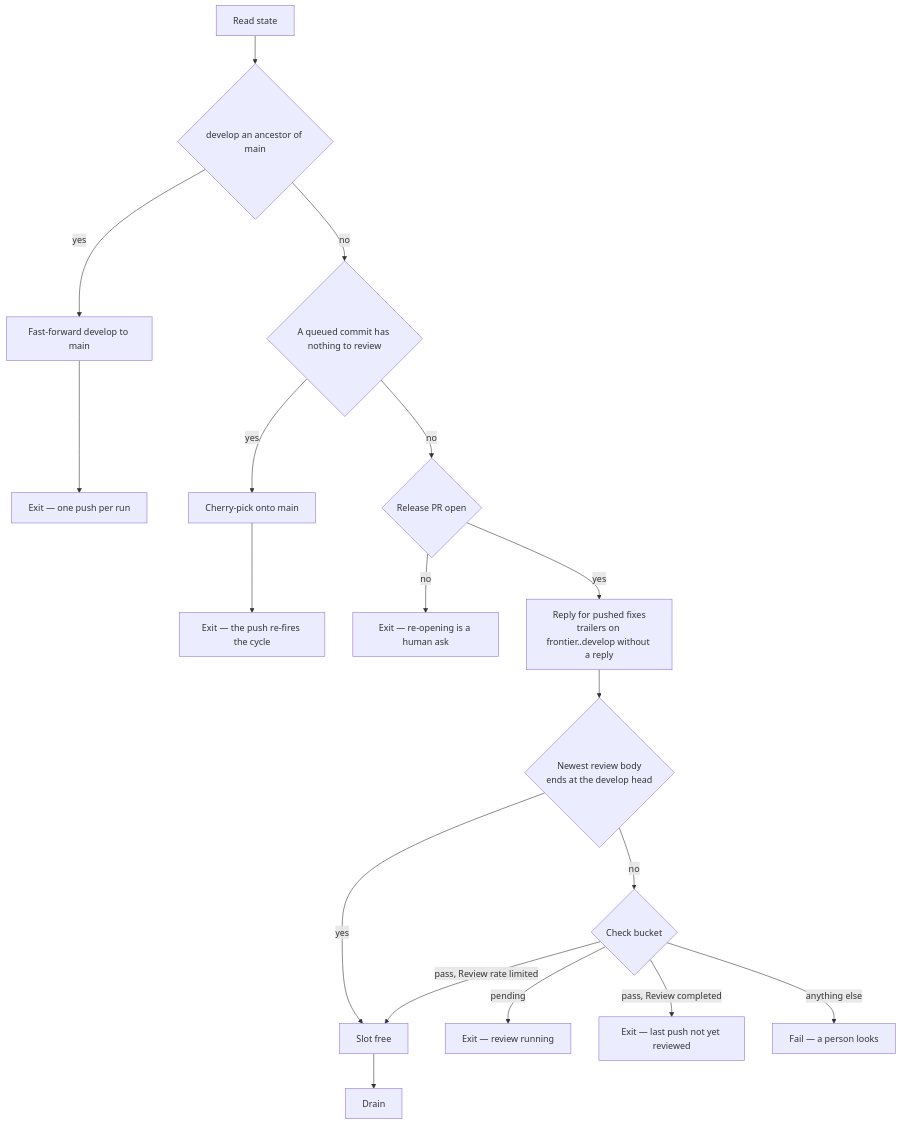
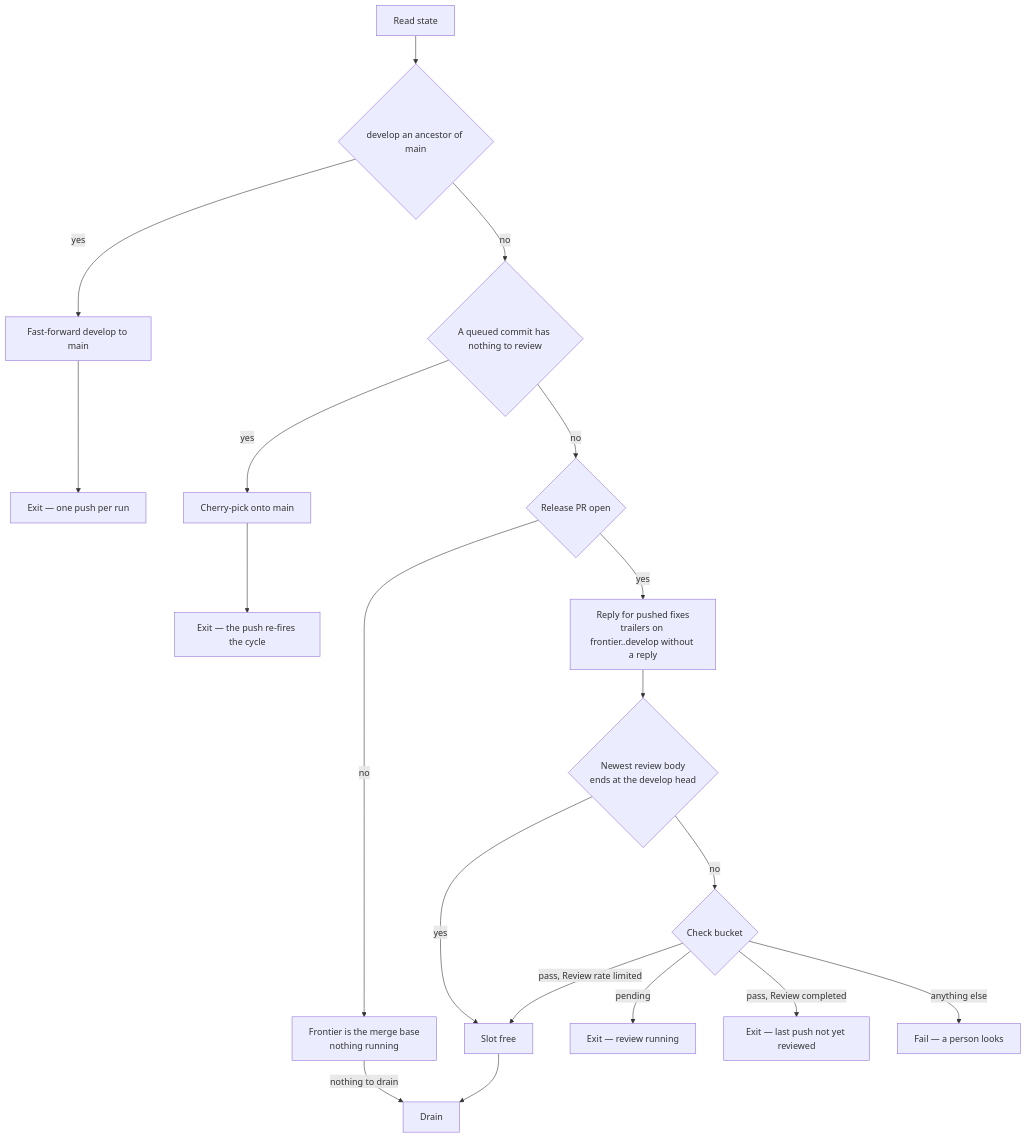
One commit to Esposter/Esposter changed the first of 2 diagrams in apps/web/content/docs/infra/review-collector/collection-cycle.md. Above: the diagram before and after it, drawn with Mermaid. The commit also changed other lines of this file and 45 other files, not shown here.

````diff
--- a/apps/web/content/docs/infra/review-collector/collection-cycle.md
+++ b/apps/web/content/docs/infra/review-collector/collection-cycle.md
@@ -39,18 +40,18 @@
 ```mermaid
 flowchart TD
   S[Read state] --> RS{develop an ancestor of main}
   RS -->|yes| FF[Fast-forward develop to main] --> X5[Exit — one push per run]
   RS -->|no| EL{A queued commit has nothing to review}
   EL -->|yes| CP[Cherry-pick onto main] --> X3[Exit — the push re-fires the cycle]
   EL -->|no| PR{Release PR open}
-  PR -->|no| X0[Exit — re-opening is a human ask]
+  PR -->|no| MB[Frontier is the merge base<br/>nothing running] -->|nothing to drain| D
   PR -->|yes| RP[Reply for pushed fixes<br/>trailers on frontier..develop without a reply]
   RP --> B{Newest review body<br/>ends at the develop head}
   B -->|yes| OK[Slot free]
   B -->|no| ST{Check bucket}
   ST -->|pending| X1[Exit — review running]
   ST -->|pass, Review completed| X2[Exit — last push not yet reviewed]
   ST -->|pass, Review rate limited| OK
   ST -->|anything else| X4[Fail — a person looks]
   OK --> D[Drain]
 ```
````
